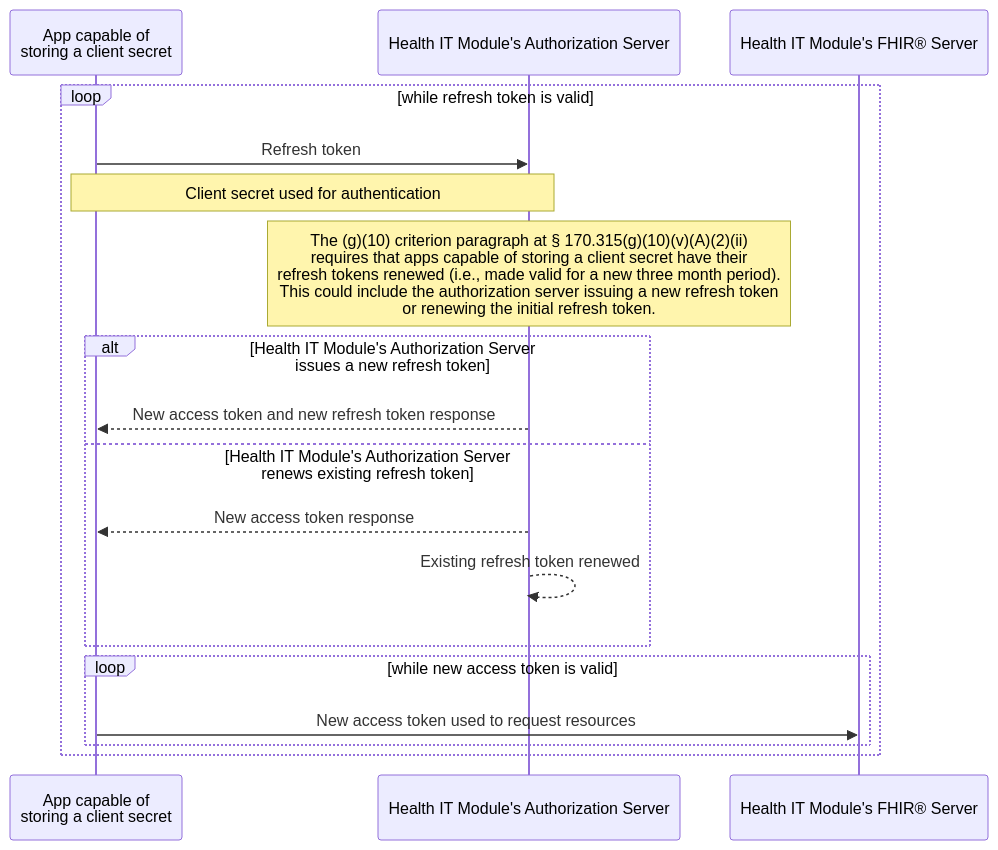
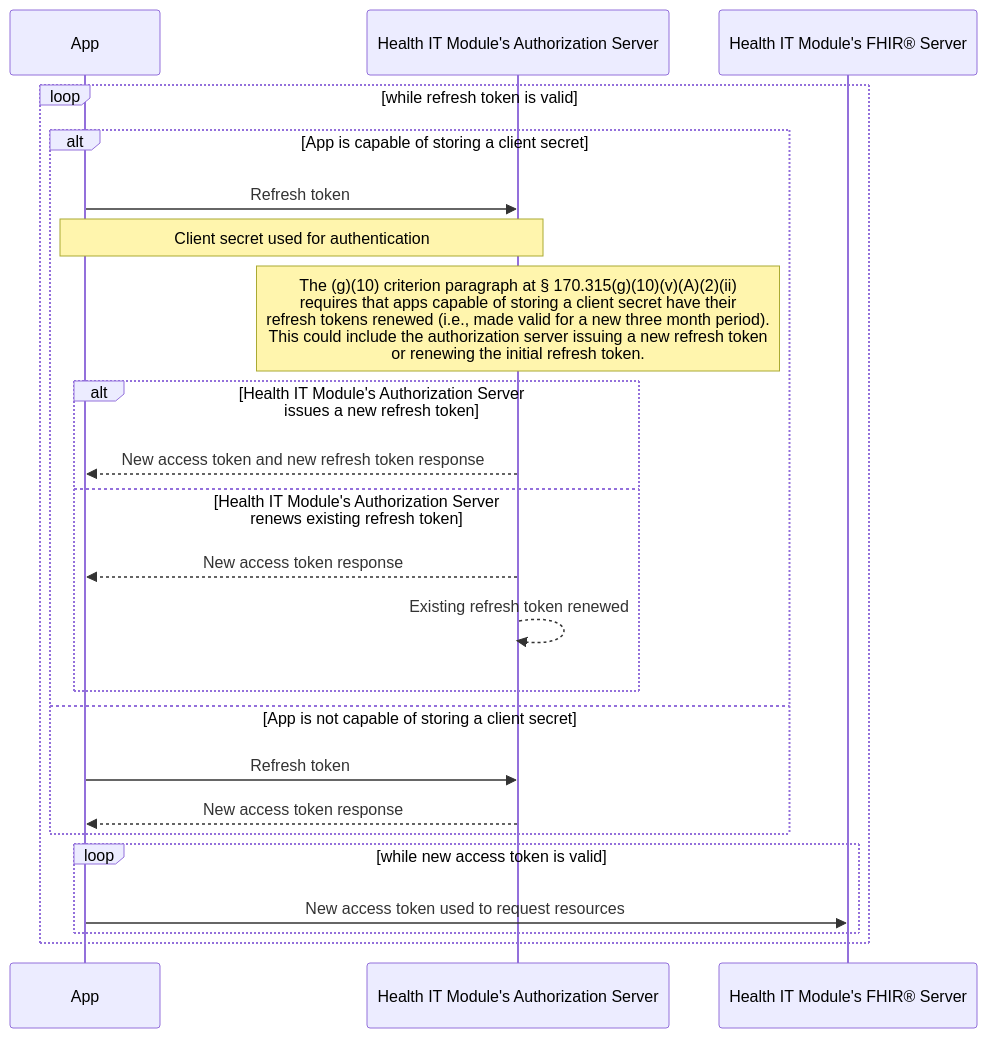
One commit to onc-healthit/api-resource-guide changed the second of 5 diagrams in docs/g10-criterion.md. Above: the diagram before and after it, drawn with Mermaid. The commit also changed other lines of this file, not shown here.

````diff
--- a/docs/g10-criterion.md
+++ b/docs/g10-criterion.md
@@ -379,21 +381,26 @@
 	``` mermaid
 		sequenceDiagram
-			participant app as App capable of <br/> storing a client secret
+			participant app as App
 			participant authz as Health IT Module's Authorization Server
 			participant fhir as Health IT Module's FHIR® Server
 
 			loop while refresh token is valid
-			app ->> authz: Refresh token
-			note over app,authz: Client secret used for authentication
-			note over authz: The (g)(10) criterion paragraph at § 170.315(g)(10)(v)(A)(2)(ii) <br/> requires that apps capable of storing a client secret have their <br/> refresh tokens renewed (i.e., made valid for a new three month period). <br/> This could include the authorization server issuing a new refresh token <br/> or renewing the initial refresh token.
-			alt Health IT Module's Authorization Server issues a new refresh token
-				authz -->> app: New access token and new refresh token response
-			else Health IT Module's Authorization Server renews existing refresh token
-				authz -->> app: New access token response
-				authz -->> authz: Existing refresh token renewed
-			end
-			loop while new access token is valid
-				app ->> fhir: New access token used to request resources
-			end
+				alt App is capable of storing a client secret
+					app ->> authz: Refresh token
+					note over app,authz: Client secret used for authentication
+					note over authz: The (g)(10) criterion paragraph at § 170.315(g)(10)(v)(A)(2)(ii) <br/> requires that apps capable of storing a client secret have their <br/> refresh tokens renewed (i.e., made valid for a new three month period). <br/> This could include the authorization server issuing a new refresh token <br/> or renewing the initial refresh token.
+					alt Health IT Module's Authorization Server issues a new refresh token
+						authz -->> app: New access token and new refresh token response
+					else Health IT Module's Authorization Server renews existing refresh token
+						authz -->> app: New access token response
+						authz -->> authz: Existing refresh token renewed
+					end
+				else App is not capable of storing a client secret
+					app ->> authz: Refresh token
+					authz -->> app: New access token response
+				end
+				loop while new access token is valid
+					app ->> fhir: New access token used to request resources
+				end
 			end
 	```
````
